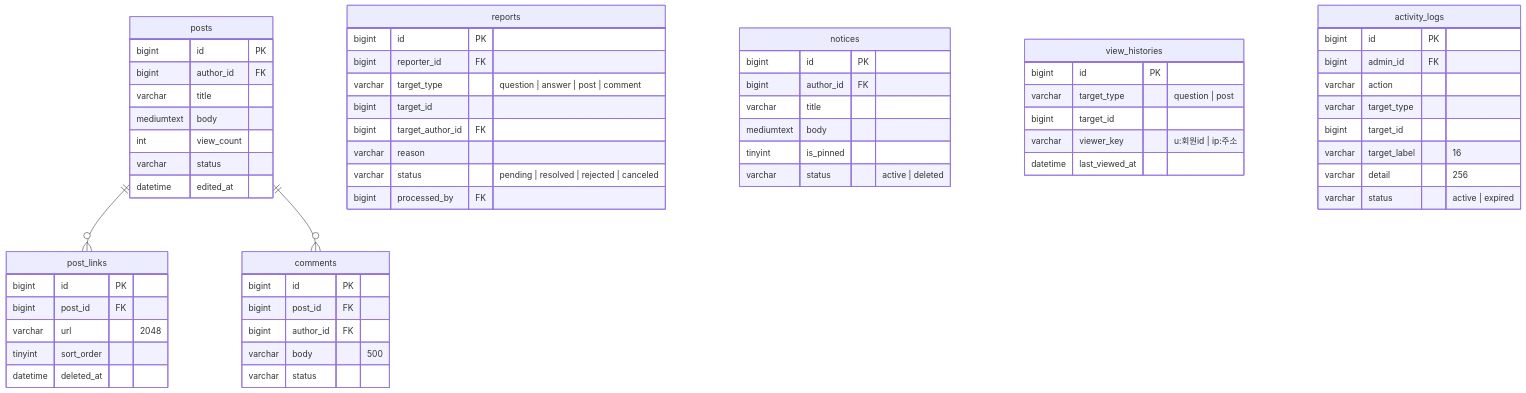
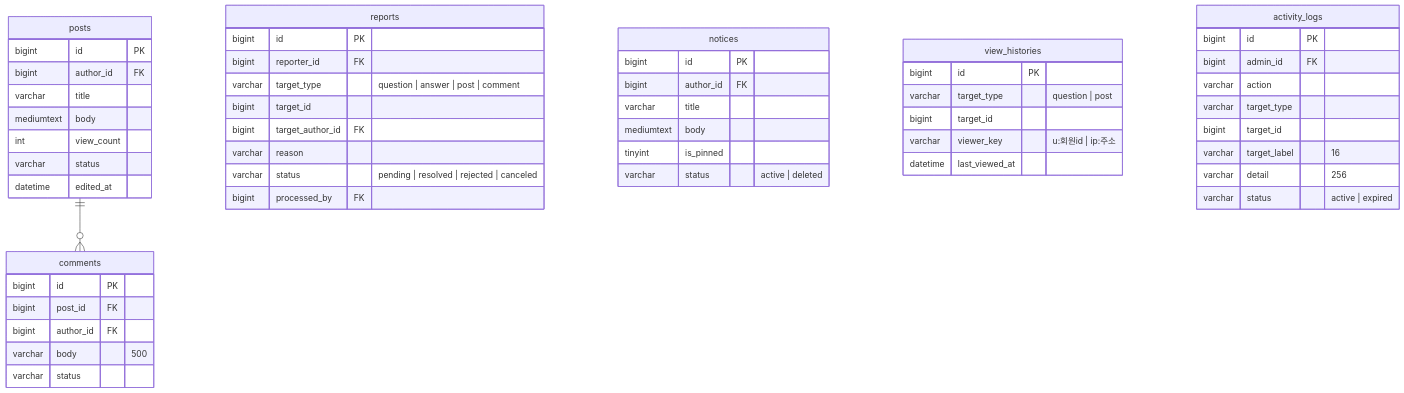
Before and after one commit to likelion-backendschool-11st/basic-project-1team: the fourth of 4 diagrams in docs/04-db-design.md, drawn with Mermaid. The commit also changed other lines of this file and 3 other files, not shown here.

````diff
--- a/docs/04-db-design.md
+++ b/docs/04-db-design.md
@@ -229,63 +228,55 @@
 ```mermaid
 erDiagram
     posts {
         bigint id PK
         bigint author_id FK
         varchar title
         mediumtext body
         int view_count
         varchar status
         datetime edited_at
-    }
-    post_links {
-        bigint id PK
-        bigint post_id FK
-        varchar url "2048"
-        tinyint sort_order
-        datetime deleted_at
     }
     comments {
         bigint id PK
         bigint post_id FK
         bigint author_id FK
         varchar body "500"
         varchar status
     }
     reports {
         bigint id PK
         bigint reporter_id FK
         varchar target_type "question | answer | post | comment"
         bigint target_id
         bigint target_author_id FK
         varchar reason
         varchar status "pending | resolved | rejected | canceled"
         bigint processed_by FK
     }
     notices {
         bigint id PK
         bigint author_id FK
         varchar title
         mediumtext body
         tinyint is_pinned
         varchar status "active | deleted"
     }
     view_histories {
         bigint id PK
         varchar target_type "question | post"
         bigint target_id
         varchar viewer_key "u:회원id | ip:주소"
         datetime last_viewed_at
     }
     activity_logs {
         bigint id PK
         bigint admin_id FK
         varchar action
         varchar target_type
         bigint target_id
         varchar target_label "16"
         varchar detail "256"
         varchar status "active | expired"
     }
-    posts ||--o{ post_links : ""
     posts ||--o{ comments : ""
 ```
````
